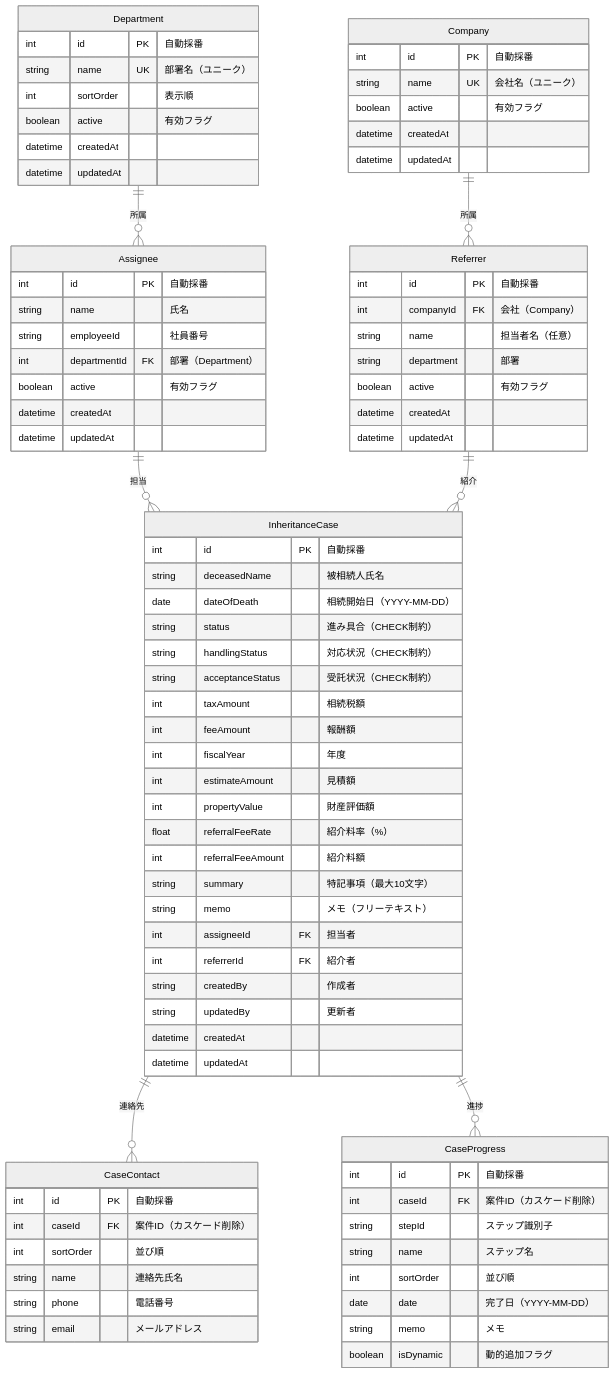
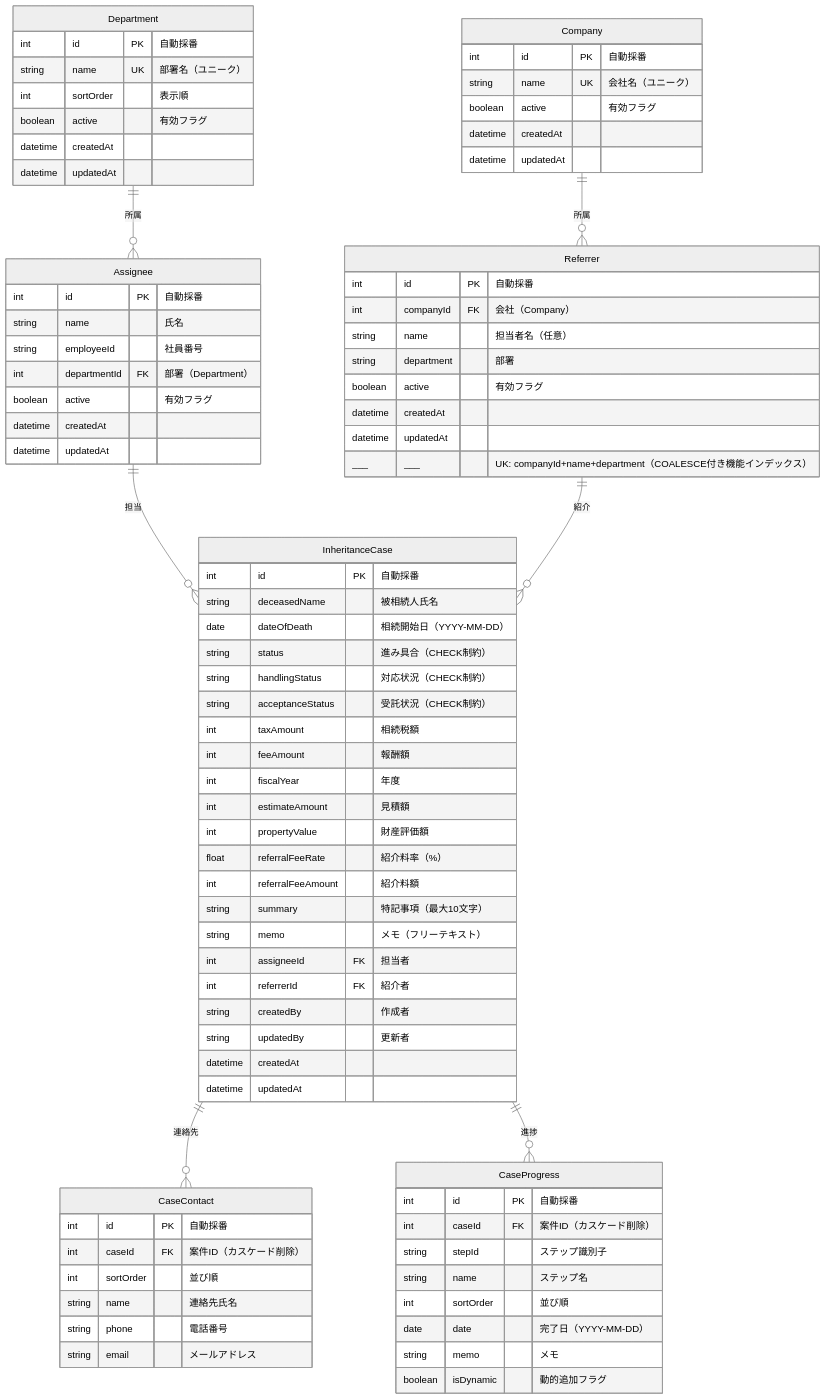
One commit to kojima1978/tax_apps changed the diagram in apps/inheritance-case-management/README.md. Above: the diagram before and after it, drawn with Mermaid (neutral theme). The commit also changed other lines of this file and 16 other files, not shown here.

```diff
--- a/apps/inheritance-case-management/README.md
+++ b/apps/inheritance-case-management/README.md
@@ -404,6 +408,7 @@
         boolean active "有効フラグ"
         datetime createdAt
         datetime updatedAt
+        ___ ___ "UK: companyId+name+department（COALESCE付き機能インデックス）"
     }
 
     InheritanceCase {
```
